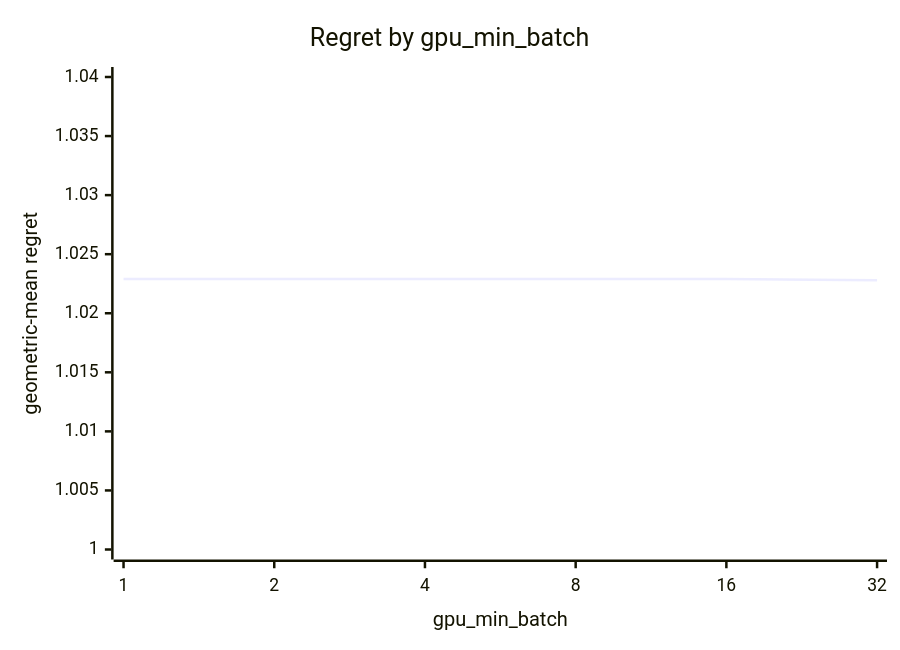
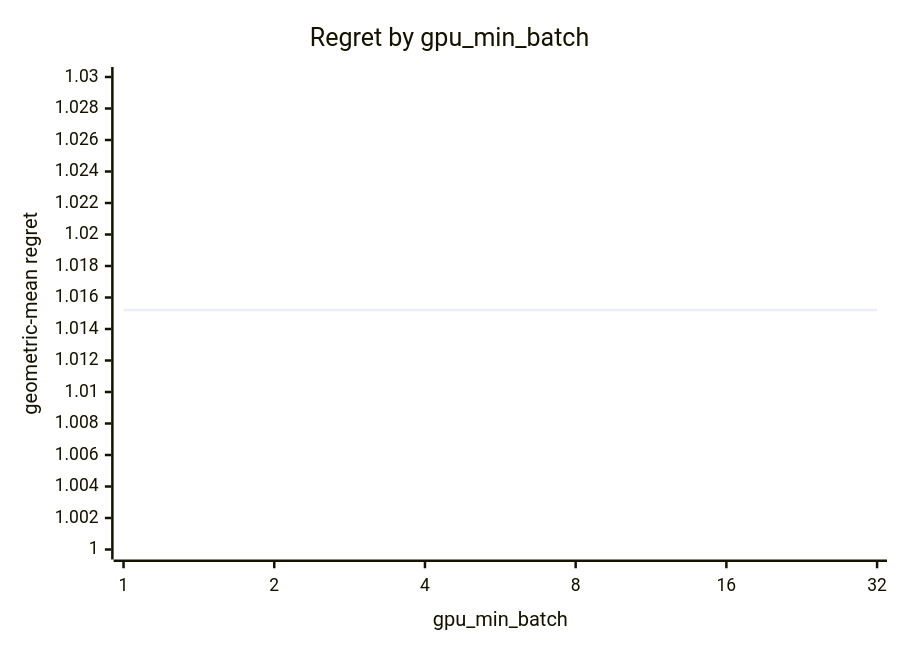
Before and after one commit to c0rmac/metal-linalg: the fourth of 5 diagrams in docs/results/apple-m1-8gpu/combined/eigh/report.md, drawn with Mermaid. The commit also changed other lines of this file and 82 other files, not shown here.

````diff
--- a/docs/results/apple-m1-8gpu/combined/eigh/report.md
+++ b/docs/results/apple-m1-8gpu/combined/eigh/report.md
@@ -145,7 +148,7 @@
 ```mermaid
 xychart-beta
     title "Regret by gpu_min_batch"
     x-axis "gpu_min_batch" [1, 2, 4, 8, 16, 32]
-    y-axis "geometric-mean regret" 1.0 --> 1.04
-    line [1.0229, 1.0229, 1.0229, 1.0229, 1.0229, 1.0228]
+    y-axis "geometric-mean regret" 1.0 --> 1.03
+    line [1.0152, 1.0152, 1.0152, 1.0152, 1.0152, 1.0152]
 ```
````
